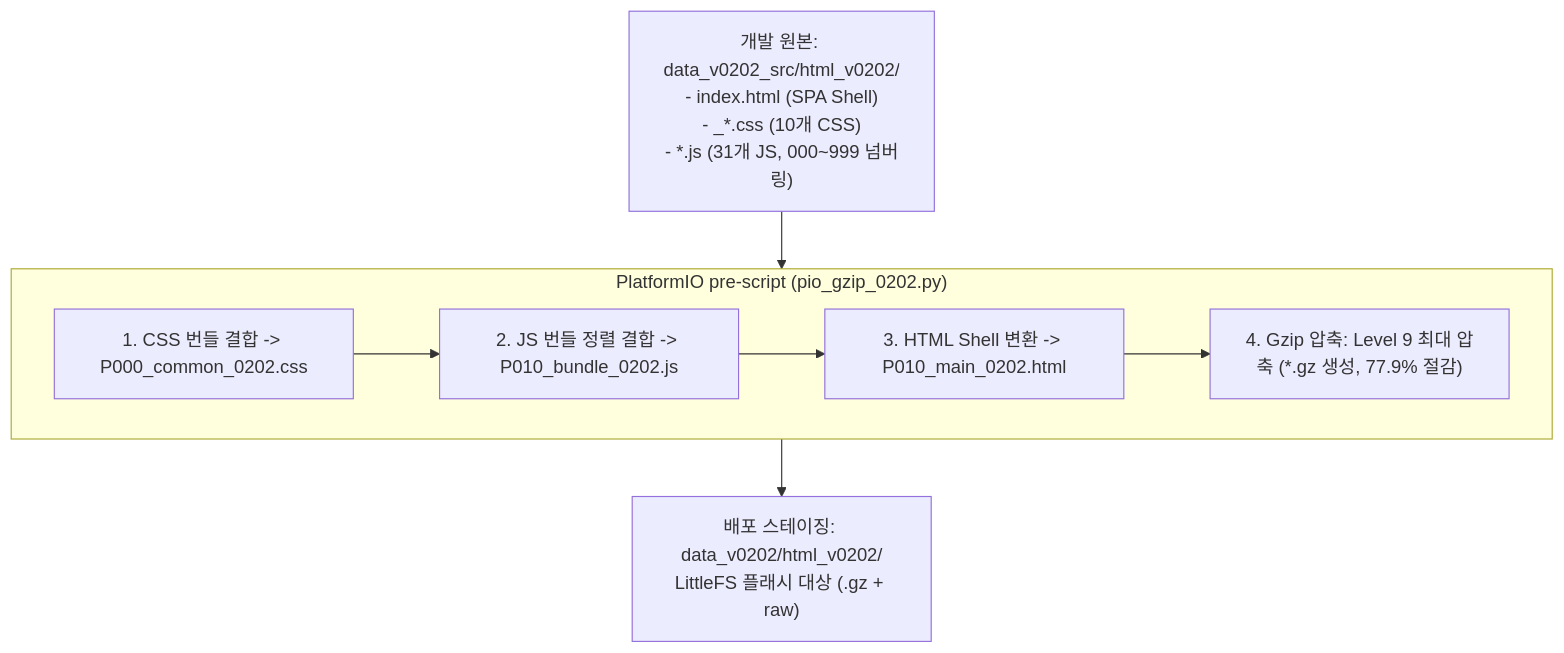
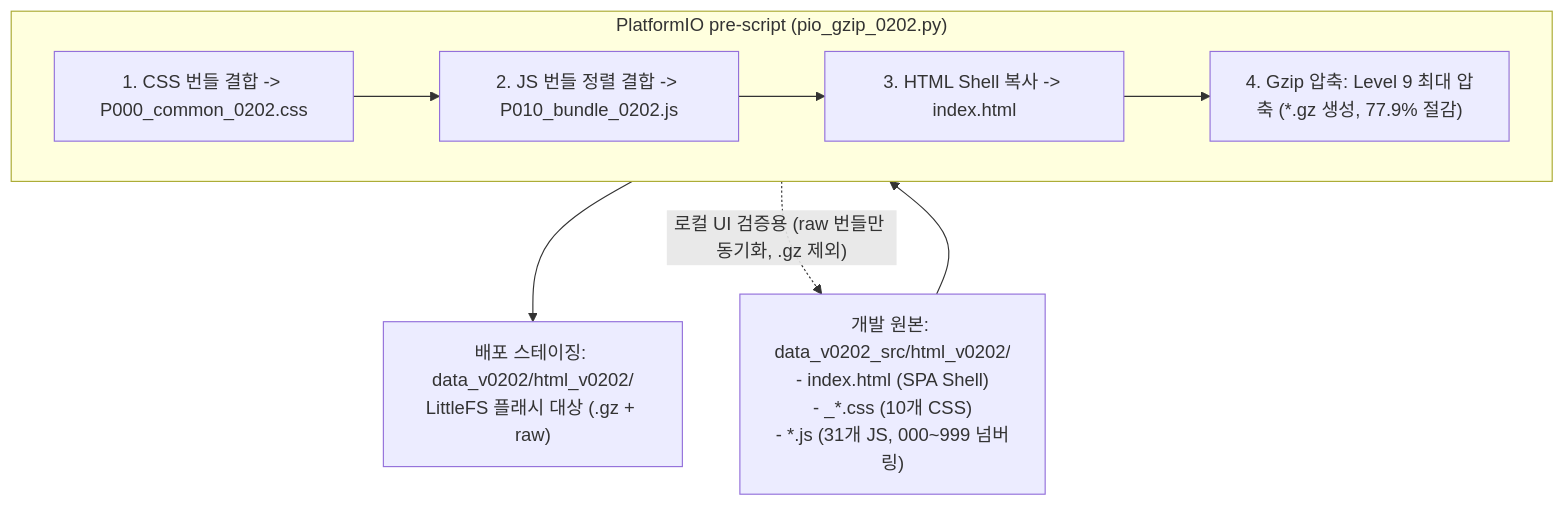
One commit to hosanglee-kr/SmartNatureWind_v002 changed the tenth of 11 diagrams in src/v0202/contract_doc_0202/FLOW_0202.md. Above: the diagram before and after it, drawn with Mermaid. The commit also changed other lines of this file and 9 other files, not shown here.

Commit message:
docs(contract): Batch G 전 항목 동기화, index.html 통일 및 레거시 제거 계약 문서 현행화

````diff
--- a/src/v0202/contract_doc_0202/FLOW_0202.md
+++ b/src/v0202/contract_doc_0202/FLOW_0202.md
@@ -277,15 +291,16 @@
 ```mermaid
 flowchart TD
     SRC["개발 원본: data_v0202_src/html_v0202/\n- index.html (SPA Shell)\n- _*.css (10개 CSS)\n- *.js (31개 JS, 000~999 넘버링)"]
     
     subgraph Pipeline ["PlatformIO pre-script (pio_gzip_0202.py)"]
         P1["1. CSS 번들 결합 -> P000_common_0202.css"]
         P2["2. JS 번들 정렬 결합 -> P010_bundle_0202.js"]
-        P3["3. HTML Shell 변환 -> P010_main_0202.html"]
+        P3["3. HTML Shell 복사 -> index.html"]
         P4["4. Gzip 압축: Level 9 최대 압축 (*.gz 생성, 77.9% 절감)"]
         P1 --> P2 --> P3 --> P4
     end
 
     SRC --> Pipeline
     Pipeline --> DEST["배포 스테이징: data_v0202/html_v0202/\nLittleFS 플래시 대상 (.gz + raw)"]
+    Pipeline -. "로컬 UI 검증용 (raw 번들만 동기화, .gz 제외)" .-> SRC
 ```
````
